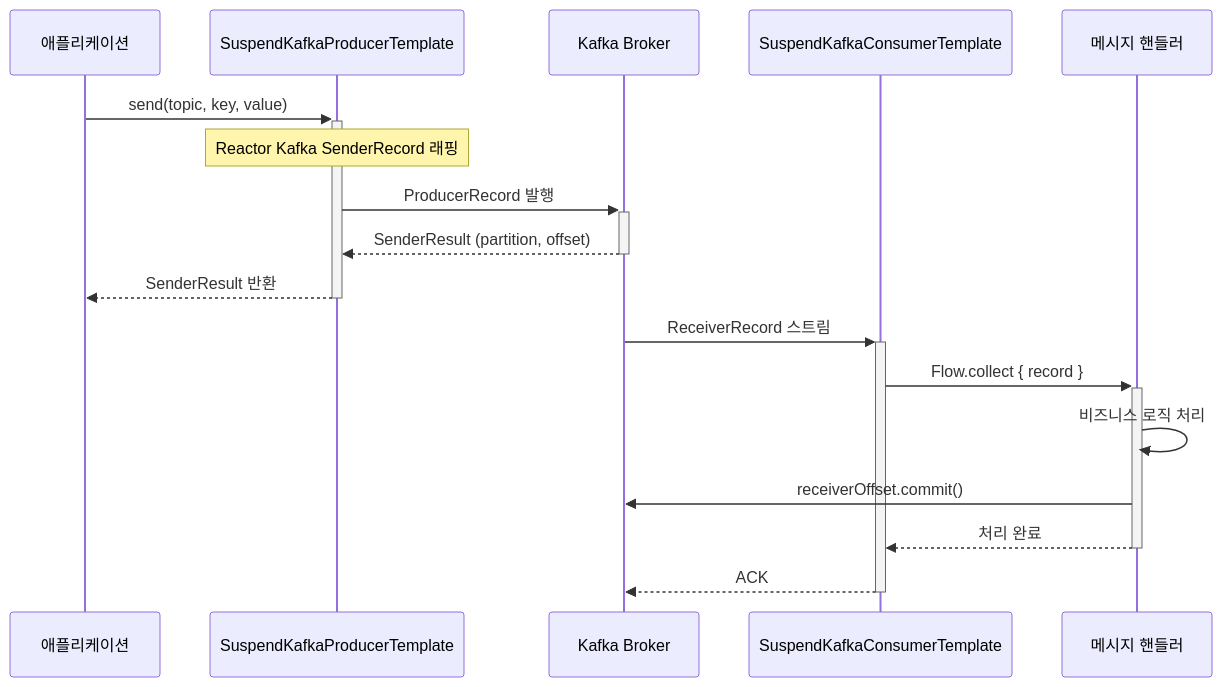
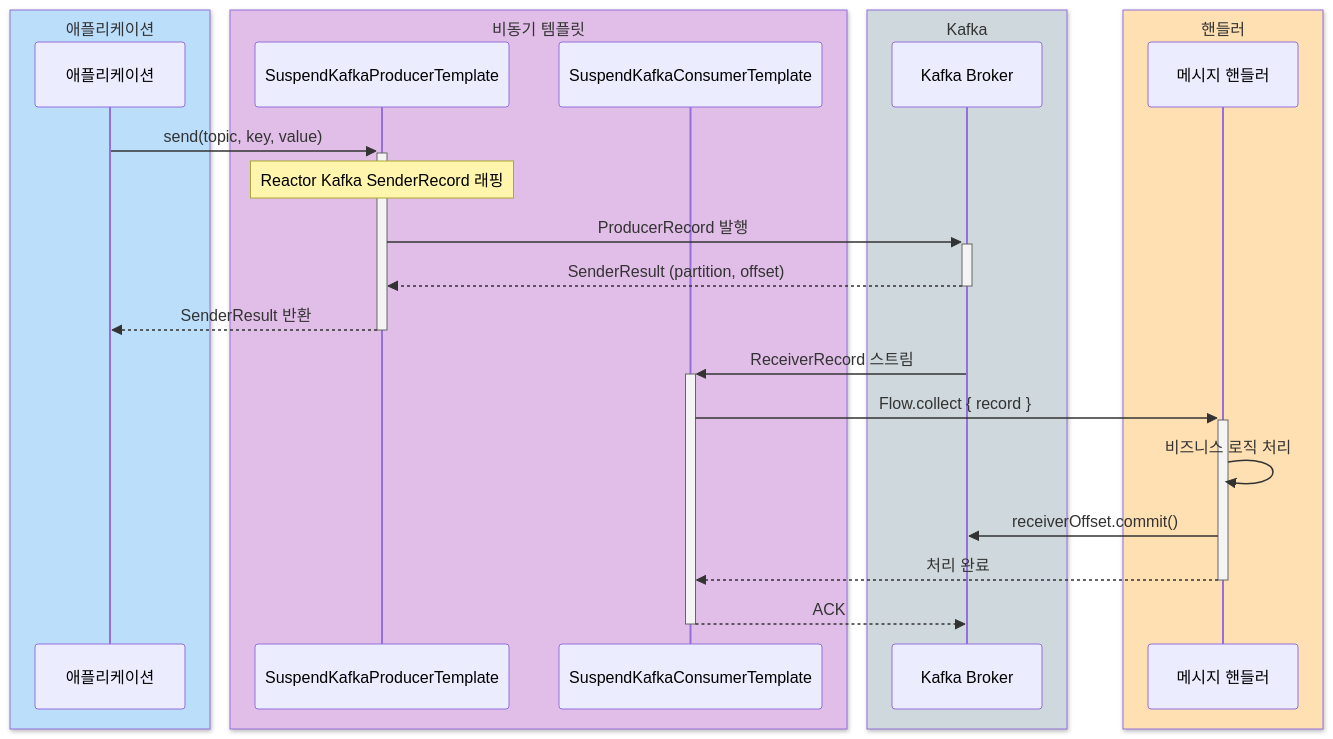
One commit to bluetape4k/bluetape4k-projects changed the second of 3 diagrams in infra/kafka/README.ko.md. Above: the diagram before and after it, drawn with Mermaid. The commit also changed other lines of this file and 221 other files, not shown here.

First line of the commit message:
docs: 전체 모듈 README UML 다이어그램 보강 및 색상 업그레이드

````diff
--- a/infra/kafka/README.ko.md
+++ b/infra/kafka/README.ko.md
@@ -408,21 +416,29 @@
 ```mermaid
 sequenceDiagram
+    box rgb(187,222,251) 애플리케이션
     participant App as 애플리케이션
+    end
+    box rgb(225,190,231) 비동기 템플릿
     participant PT as SuspendKafkaProducerTemplate
+    participant CT as SuspendKafkaConsumerTemplate
+    end
+    box rgb(207,216,220) Kafka
     participant Kafka as Kafka Broker
-    participant CT as SuspendKafkaConsumerTemplate
+    end
+    box rgb(255,224,178) 핸들러
     participant Handler as 메시지 핸들러
+    end
 
     App->>+PT: send(topic, key, value)
     Note over PT: Reactor Kafka SenderRecord 래핑
     PT->>+Kafka: ProducerRecord 발행
     Kafka-->>-PT: SenderResult (partition, offset)
     PT-->>-App: SenderResult 반환
 
     Kafka->>+CT: ReceiverRecord 스트림
     CT->>+Handler: Flow.collect { record }
     Handler->>Handler: 비즈니스 로직 처리
     Handler->>Kafka: receiverOffset.commit()
     Handler-->>-CT: 처리 완료
     CT-->>-Kafka: ACK
 ```
````
